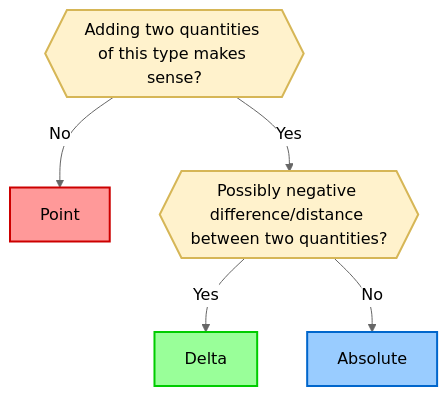
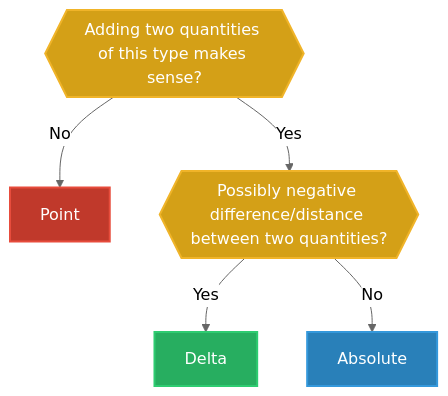
Before and after one commit to alejandro-alvarez-sonarsource/mp-units: the diagram in docs/blog/posts/introducing-absolute-quantities.md, drawn with Mermaid (neutral theme). The commit also changed other lines of this file, not shown here.

Commit message:
docs: absolute quantities blog article slightly updated

````diff
--- a/docs/blog/posts/introducing-absolute-quantities.md
+++ b/docs/blog/posts/introducing-absolute-quantities.md
@@ -619,19 +620,19 @@
 ```mermaid
 flowchart TD
     ask_point{{Adding two quantities of this type makes sense?}}
     ask_point -- No --> Point[Point]
     ask_point -- Yes --> ask_delta{{Possibly negative difference/distance between two quantities?}}
     ask_delta -- Yes --> Delta[Delta]
     ask_delta -- No --> Absolute[Absolute]
 
     %% Styling
-    classDef pointStyle fill:#ff9999,stroke:#cc0000,stroke-width:2px,color:#000
-    classDef deltaStyle fill:#99ff99,stroke:#00cc00,stroke-width:2px,color:#000
-    classDef absoluteStyle fill:#99ccff,stroke:#0066cc,stroke-width:2px,color:#000
-    classDef questionStyle fill:#fff2cc,stroke:#d6b656,stroke-width:2px,color:#000
+    classDef pointStyle fill:#c0392b,stroke:#e74c3c,stroke-width:2px,color:#fff
+    classDef deltaStyle fill:#27ae60,stroke:#2ecc71,stroke-width:2px,color:#fff
+    classDef absoluteStyle fill:#2980b9,stroke:#3498db,stroke-width:2px,color:#fff
+    classDef questionStyle fill:#d4a017,stroke:#f0b429,stroke-width:2px,color:#fff
 
     class Point pointStyle
     class Delta deltaStyle
     class Absolute absoluteStyle
     class ask_point,ask_delta questionStyle
 ```
````
